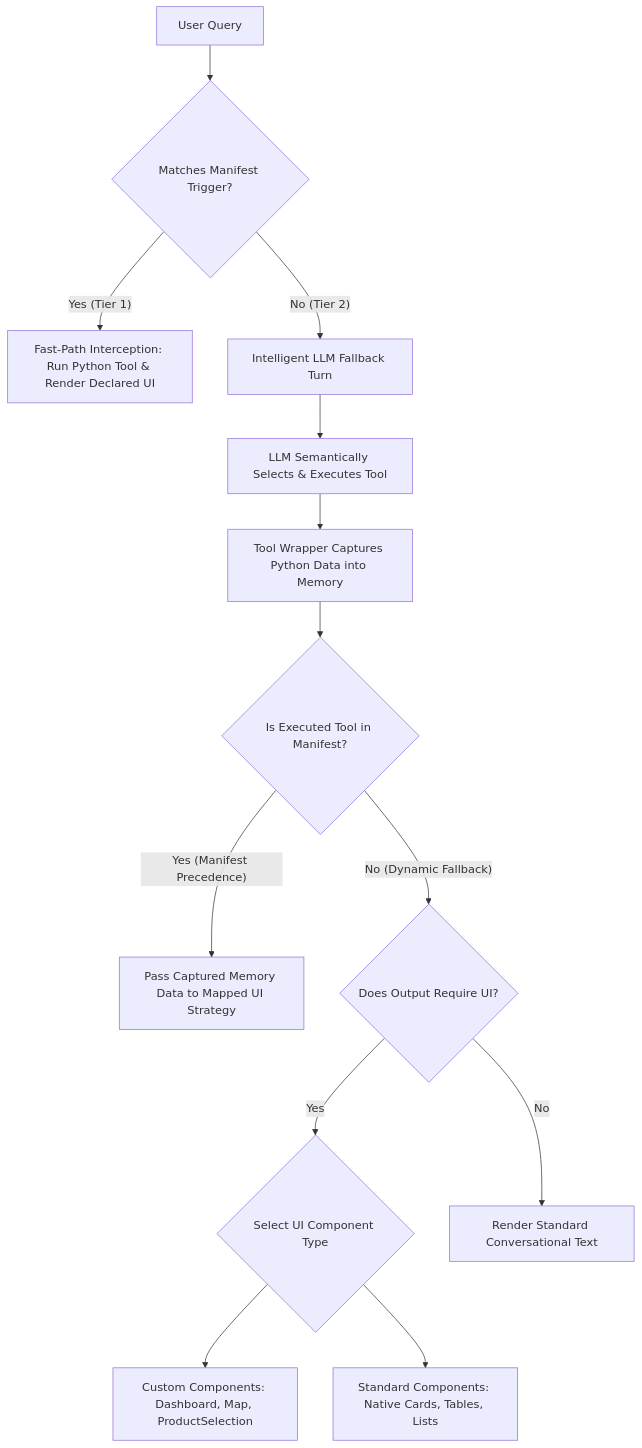
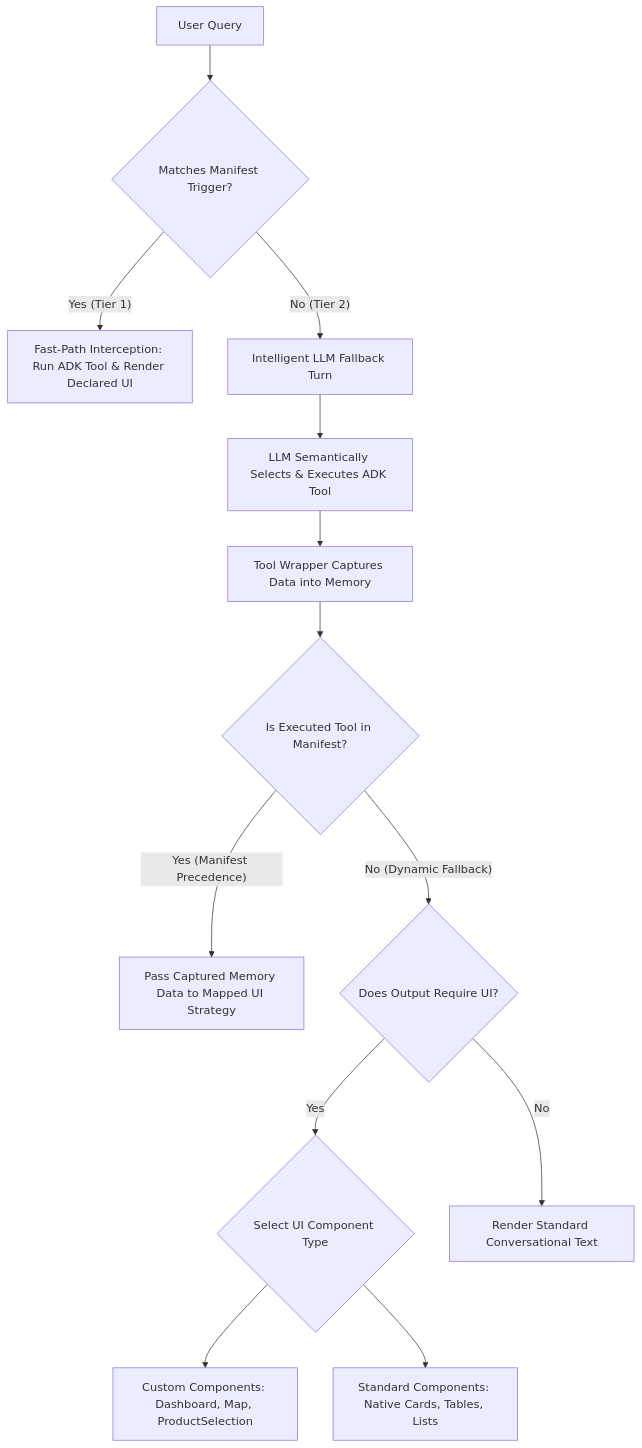
The diagram in architecture.md (acombs121/ge-claims), drawn with Mermaid before and after one commit. The commit also changed other lines of this file and 1 other file, not shown here.

Commit message:
docs(terminology): Standardize Python_Tools terminology to ADK Tools across diagrams and text

````diff
--- a/architecture.md
+++ b/architecture.md
@@ -40,15 +40,15 @@
 ```mermaid
 graph TD
     A[User Query] --> B{Matches Manifest Trigger?}
-    B -- Yes (Tier 1) --> C[Fast-Path Interception: Run Python Tool & Render Declared UI]
+    B -- Yes (Tier 1) --> C[Fast-Path Interception: Run ADK Tool & Render Declared UI]
     B -- No (Tier 2) --> D[Intelligent LLM Fallback Turn]
-    D --> E[LLM Semantically Selects & Executes Tool]
-    E --> F[Tool Wrapper Captures Python Data into Memory]
+    D --> E[LLM Semantically Selects & Executes ADK Tool]
+    E --> F[Tool Wrapper Captures Data into Memory]
     F --> G{Is Executed Tool in Manifest?}
     G -- Yes (Manifest Precedence) --> H[Pass Captured Memory Data to Mapped UI Strategy]
     G -- No (Dynamic Fallback) --> I{Does Output Require UI?}
     I -- Yes --> J{Select UI Component Type}
     I -- No --> K[Render Standard Conversational Text]
     J --> L[Custom Components: Dashboard, Map, ProductSelection]
     J --> M[Standard Components: Native Cards, Tables, Lists]
 ```
````
